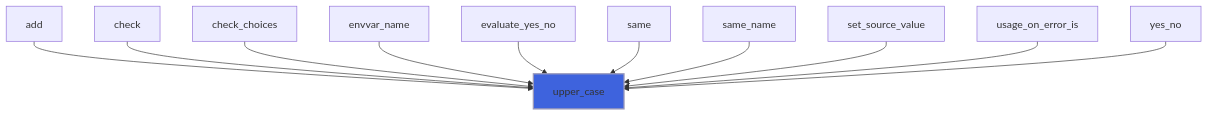
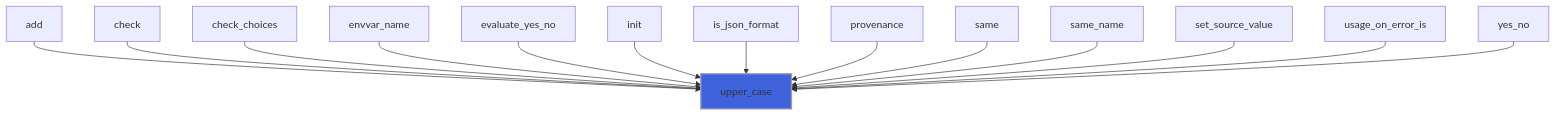
Diagram 18 of 23 in docs/api/src/lib/flap_utils_m.md (szaghi/FLAP), drawn with Mermaid before and after one commit. The commit also changed other lines of this file and 22 other files, not shown here.

````diff
--- a/docs/api/src/lib/flap_utils_m.md
+++ b/docs/api/src/lib/flap_utils_m.md
@@ -544,14 +662,17 @@
 ```mermaid
 flowchart TD
   add["add"] --> upper_case["upper_case"]
   check["check"] --> upper_case["upper_case"]
   check_choices["check_choices"] --> upper_case["upper_case"]
   envvar_name["envvar_name"] --> upper_case["upper_case"]
   evaluate_yes_no["evaluate_yes_no"] --> upper_case["upper_case"]
+  init["init"] --> upper_case["upper_case"]
+  is_json_format["is_json_format"] --> upper_case["upper_case"]
+  provenance["provenance"] --> upper_case["upper_case"]
   same["same"] --> upper_case["upper_case"]
   same_name["same_name"] --> upper_case["upper_case"]
   set_source_value["set_source_value"] --> upper_case["upper_case"]
   usage_on_error_is["usage_on_error_is"] --> upper_case["upper_case"]
   yes_no["yes_no"] --> upper_case["upper_case"]
   style upper_case fill:#3e63dd,stroke:#99b,stroke-width:2px
 ```
````
